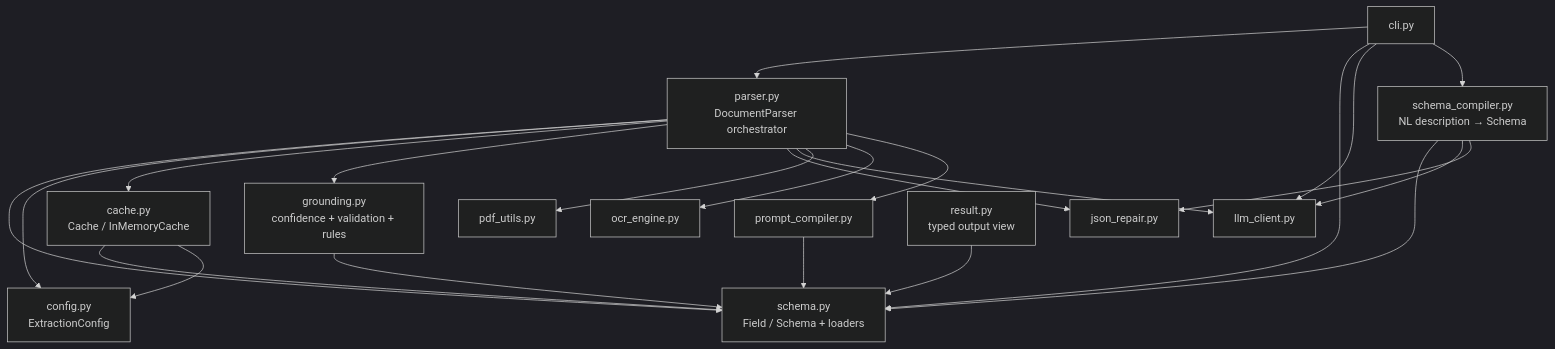
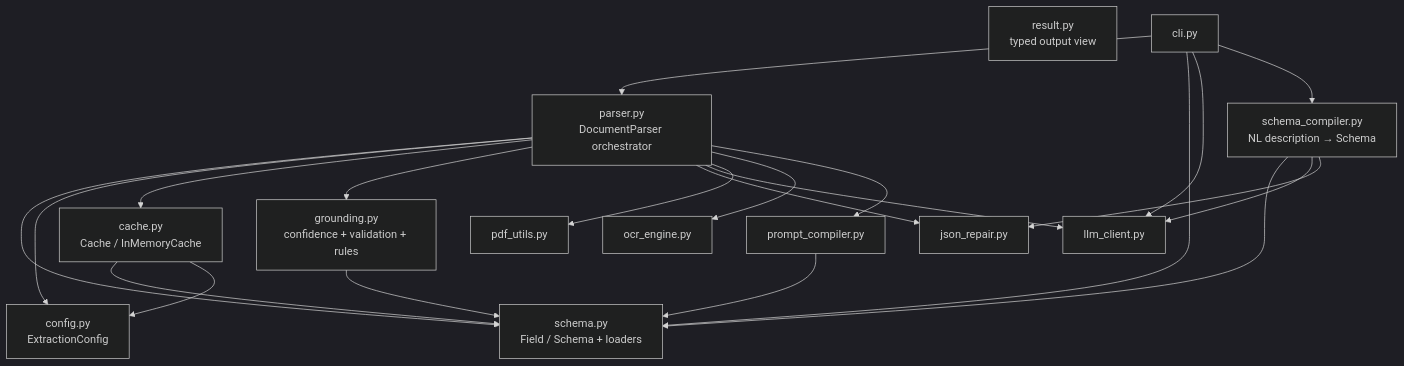
Before and after one commit to pollychen-lab/fastdocparse: the second of 3 diagrams in docs/architecture.md, drawn with Mermaid (dark theme). The commit also changed other lines of this file and 6 other files, not shown here.

````diff
--- a/docs/architecture.md
+++ b/docs/architecture.md
@@ -27,40 +27,39 @@
 ```mermaid
 graph TD
     schema["schema.py\nField / Schema + loaders"]
     config["config.py\nExtractionConfig"]
     cache["cache.py\nCache / InMemoryCache"]
     grounding["grounding.py\nconfidence + validation + rules"]
     prompt_compiler["prompt_compiler.py"]
     json_repair["json_repair.py"]
     llm_client["llm_client.py"]
     pdf_utils["pdf_utils.py"]
     ocr_engine["ocr_engine.py"]
     result["result.py\ntyped output view"]
     schema_compiler["schema_compiler.py\nNL description → Schema"]
     parser["parser.py\nDocumentParser orchestrator"]
     cli["cli.py"]
 
     cache --> schema
     cache --> config
     grounding --> schema
     prompt_compiler --> schema
     schema_compiler --> schema
     schema_compiler --> llm_client
     schema_compiler --> json_repair
-    result --> schema
 
     parser --> schema
     parser --> config
     parser --> cache
     parser --> grounding
     parser --> json_repair
     parser --> llm_client
     parser --> pdf_utils
     parser --> ocr_engine
     parser --> prompt_compiler
 
     cli --> parser
     cli --> schema
     cli --> llm_client
     cli --> schema_compiler
 ```
````
